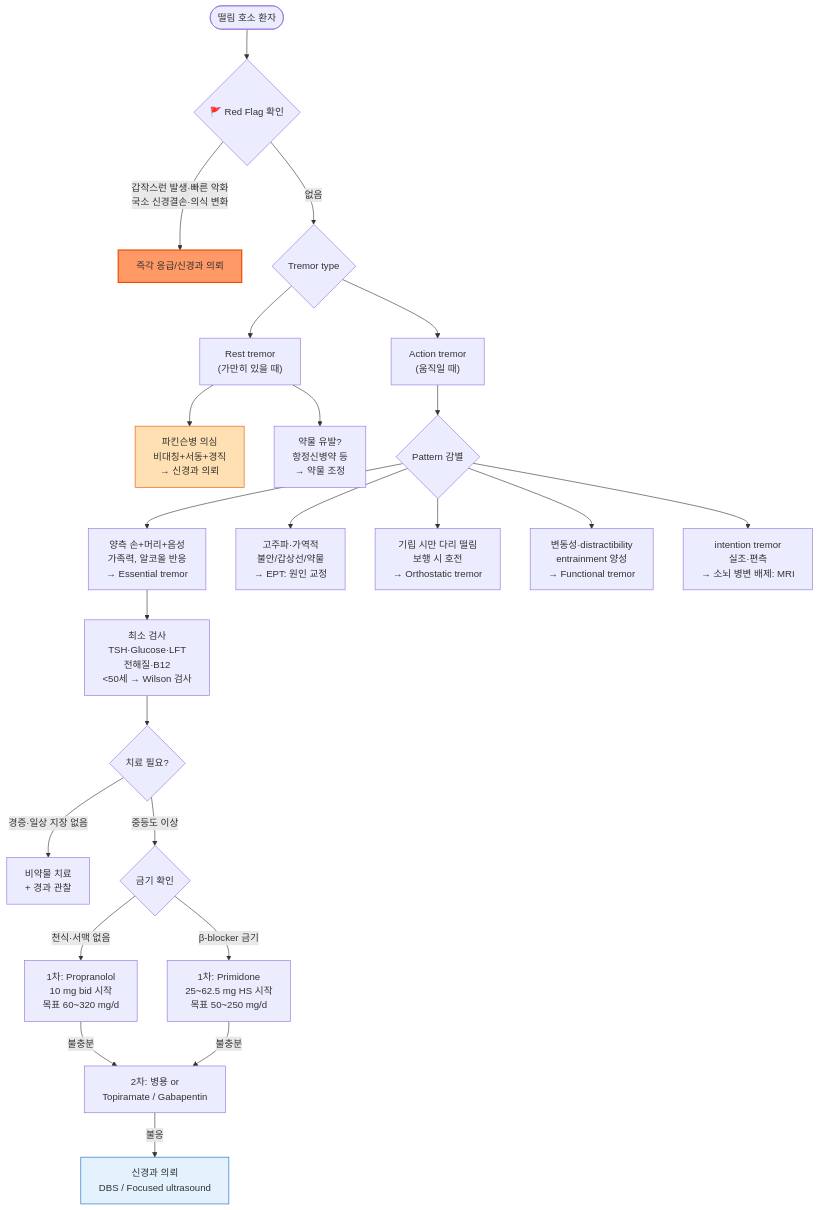
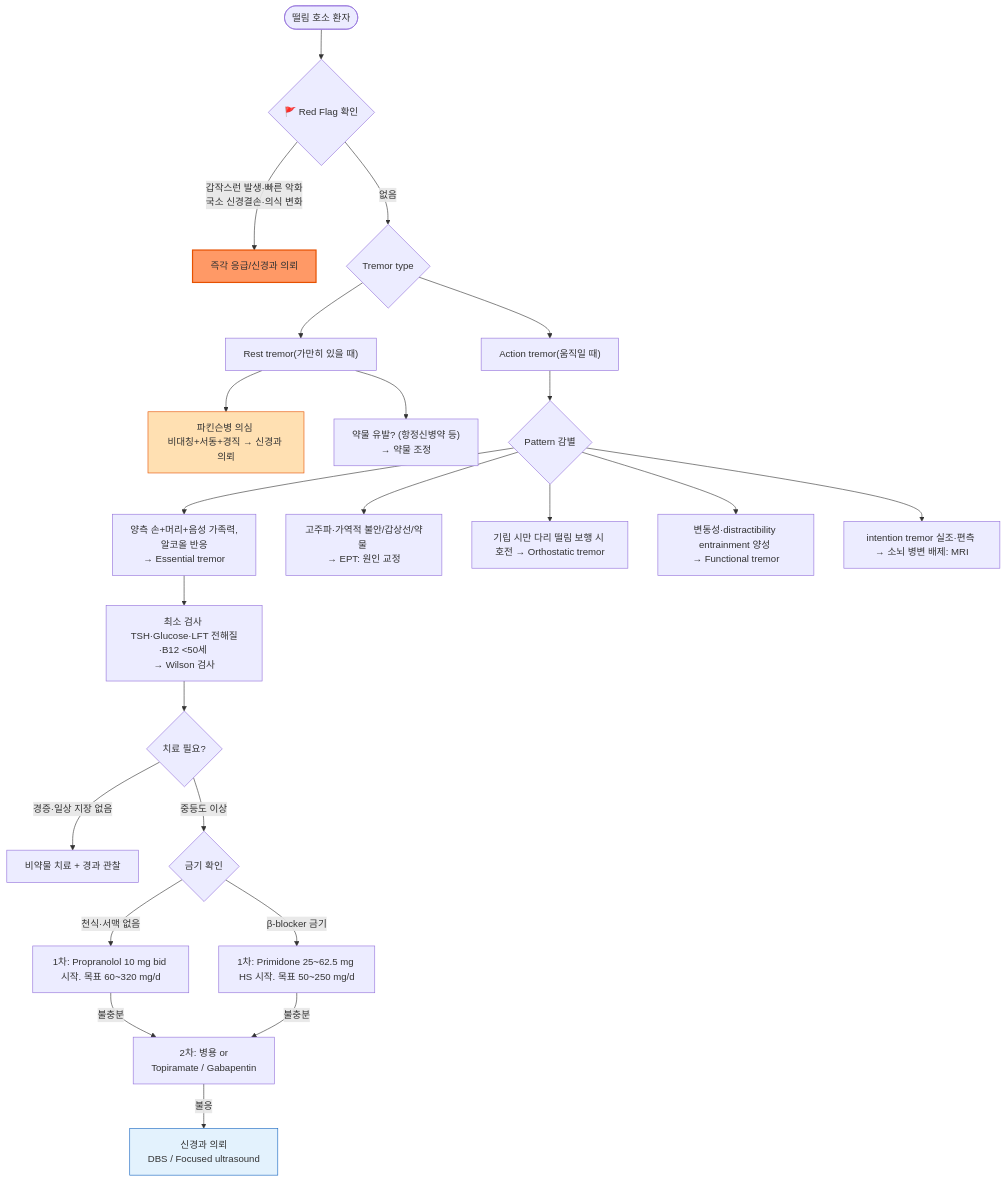
The diagram in 221_/034_-tremor.md (familyoh77/familyoh77), drawn with Mermaid before and after one commit. The commit also changed other lines of this file, not shown here.

````diff
--- a/221_/034_-tremor.md
+++ b/221_/034_-tremor.md
@@ -140,33 +140,33 @@
 ```mermaid
 flowchart TD
     A([떨림 호소 환자]) --> B{🚩 Red Flag 확인}
-    B -- "갑작스런 발생·빠른 악화\n국소 신경결손·의식 변화" --> C[즉각 응급/신경과 의뢰]
+    B -- "갑작스런 발생·빠른 악화<br/>국소 신경결손·의식 변화" --> C[즉각 응급/신경과 의뢰]
     B -- 없음 --> D{Tremor type}
 
-    D --> E["Rest tremor\n(가만히 있을 때)"]
-    D --> F["Action tremor\n(움직일 때)"]
+    D --> E["Rest tremor(가만히 있을 때)"]
+    D --> F["Action tremor(움직일 때)"]
 
-    E --> G["파킨슨병 의심\n비대칭+서동+경직\n→ 신경과 의뢰"]
-    E --> H["약물 유발?\n항정신병약 등\n→ 약물 조정"]
+    E --> G["파킨슨병 의심 <br/>비대칭+서동+경직 → 신경과 의뢰"]
+    E --> H["약물 유발? (항정신병약 등) <br/>→ 약물 조정"]
 
     F --> I{Pattern 감별}
-    I --> J["양측 손+머리+음성\n가족력, 알코올 반응\n→ Essential tremor"]
-    I --> K["고주파·가역적\n불안/갑상선/약물\n→ EPT: 원인 교정"]
-    I --> L["기립 시만 다리 떨림\n보행 시 호전\n→ Orthostatic tremor"]
-    I --> M["변동성·distractibility\nentrainment 양성\n→ Functional tremor"]
-    I --> N["intention tremor\n실조·편측\n→ 소뇌 병변 배제: MRI"]
+    I --> J["양측 손+머리+음성 가족력, <br/>알코올 반응 <br/>→ Essential tremor"]
+    I --> K["고주파·가역적 불안/갑상선/약물 <br/>→ EPT: 원인 교정"]
+    I --> L["기립 시만 다리 떨림 보행 시 호전 → Orthostatic tremor"]
+    I --> M["변동성·distractibility entrainment 양성 <br/>→ Functional tremor"]
+    I --> N["intention tremor 실조·편측 → 소뇌 병변 배제: MRI"]
 
-    J --> O["최소 검사\nTSH·Glucose·LFT\n전해질·B12\n<50세 → Wilson 검사"]
+    J --> O["최소 검사 TSH·Glucose·LFT 전해질·B12 <50세 <br/>→ Wilson 검사"]
     O --> P{치료 필요?}
-    P -- "경증·일상 지장 없음" --> Q[비약물 치료\n+ 경과 관찰]
+    P -- "경증·일상 지장 없음" --> Q[비약물 치료 + 경과 관찰]
     P -- "중등도 이상" --> R{금기 확인}
-    R -- "천식·서맥 없음" --> S["1차: Propranolol\n10 mg bid 시작\n목표 60~320 mg/d"]
-    R -- "β-blocker 금기" --> T["1차: Primidone\n25~62.5 mg HS 시작\n목표 50~250 mg/d"]
-    S -- 불충분 --> U["2차: 병용 or\nTopiramate / Gabapentin"]
+    R -- "천식·서맥 없음" --> S["1차: Propranolol 10 mg bid 시작. 목표 60~320 mg/d"]
+    R -- "β-blocker 금기" --> T["1차: Primidone 25~62.5 mg HS 시작. 목표 50~250 mg/d"]
+    S -- 불충분 --> U["2차: 병용 or <br/>Topiramate / Gabapentin"]
     T -- 불충분 --> U
-    U -- 불응 --> V["신경과 의뢰\nDBS / Focused ultrasound"]
+    U -- 불응 --> V["신경과 의뢰 <br/>DBS / Focused ultrasound"]
 
     style C fill:#f96,stroke:#e65100,stroke-width:2px
     style G fill:#ffe0b2,stroke:#e65100
     style V fill:#e3f2fd,stroke:#1565c0
 ```
````
